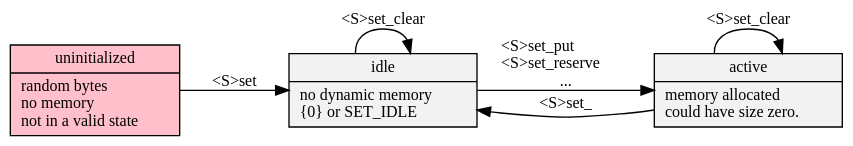
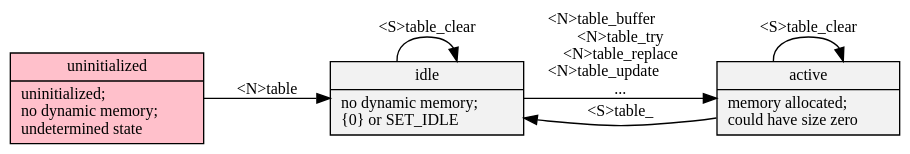
The diagram in web/states.gv (neil-edelman/boxes), drawn with Graphviz before and after one commit. The commit also changed 3 other files, not shown here.

```diff
--- a/web/states.gv
+++ b/web/states.gv
@@ -1,19 +1,19 @@
 digraph {
 	rankdir = LR;
 	graph [truecolor=true, bgcolor=transparent];
 	node [shape = "record", style=filled, fillcolor="Grey95"];
 	fontname = "Bitstream Vera Sans";
 	fontsize = 12;
 	node [fontname = "Bitstream Vera Sans", fontsize = 12];
 	edge [fontname = "Bitstream Vera Sans" fontsize = 12];
 
 	node [shape=record, style=filled];
-	null [label="uninitialized|random bytes\lno memory\lnot in a valid state\l", fillcolor="Pink"];
-	static [ label = "idle|no dynamic memory\l\{0\} or SET_IDLE\l" ];
-	dynamic [ label = "active|memory allocated\lcould have size zero.\l" ];
-	null -> static [ label = "<S>set" ];
-	static -> dynamic [ label = "<S>set_put\l<S>set_reserve\l..." ];
-	dynamic -> static [ label = "<S>set_" ];
-	dynamic -> dynamic [ label = "<S>set_clear" ];
-	static -> static [ label = "<S>set_clear" ];
+	null [label="uninitialized|uninitialized;\lno dynamic memory;\lundetermined state\l", fillcolor="Pink"];
+	static [ label = "idle|no dynamic memory;\l\{0\} or SET_IDLE\l" ];
+	dynamic [ label = "active|memory allocated;\lcould have size zero\l" ];
+	null -> static [ label = "<N>table" ];
+	static -> dynamic [ label = "<N>table_buffer\l<N>table_try\n<N>table_replace\n<N>table_update\l..." ];
+	dynamic -> static [ label = "<S>table_" ];
+	dynamic -> dynamic [ label = "<S>table_clear" ];
+	static -> static [ label = "<S>table_clear" ];
 }
```
